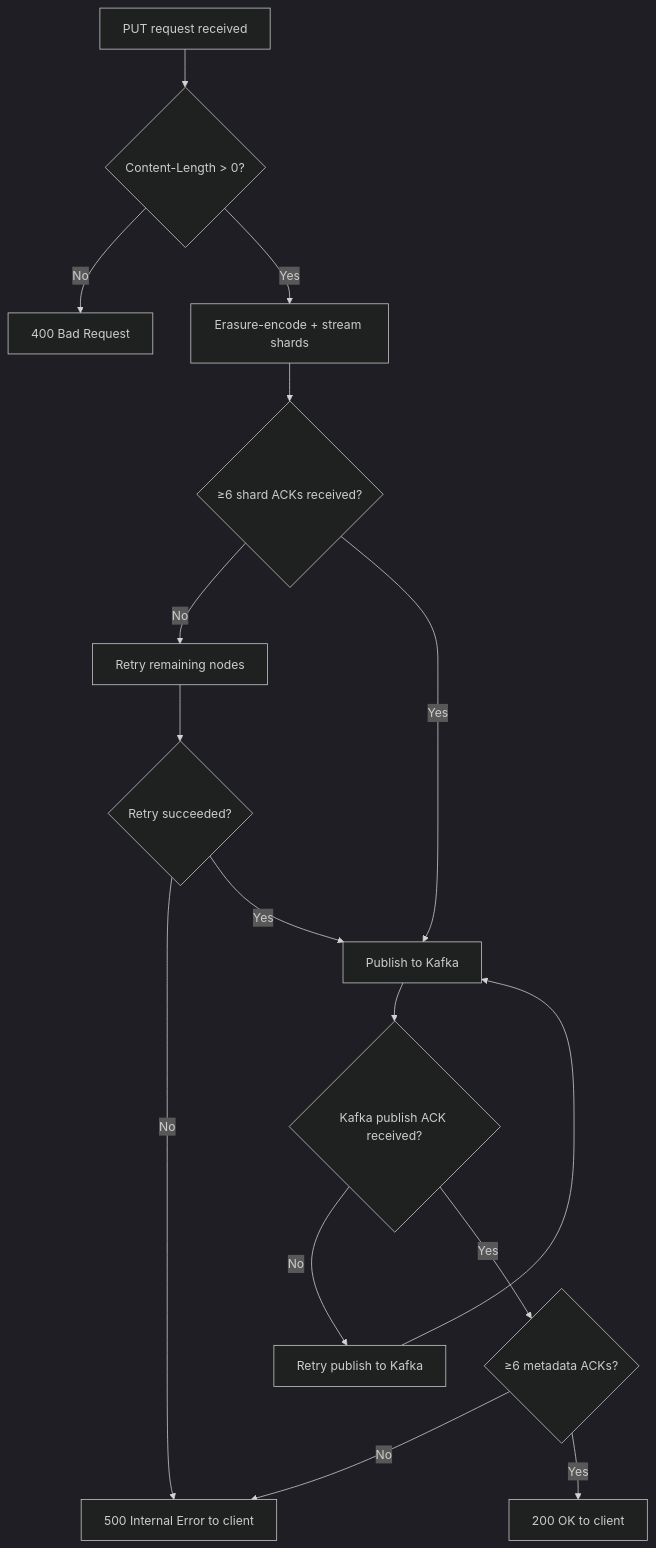
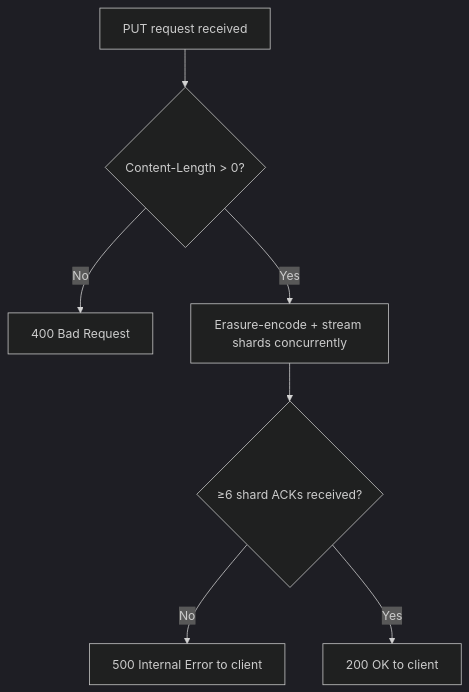
Before and after one commit to S26-Distributed-Capstone/Koop: the third of 16 diagrams in docs/workflow.md, drawn with Mermaid (dark theme). The commit also changed other lines of this file, not shown here.

Commit message:
Update workflow documentation to reflect Kafka/pub/sub integration and clarify multipart upload processes (AI)

````diff
--- a/docs/workflow.md
+++ b/docs/workflow.md
@@ -109,18 +93,9 @@
 ```mermaid
 flowchart TD
     A[PUT request received] --> B{Content-Length > 0?}
     B -- No --> Z1[400 Bad Request]
-    B -- Yes --> C[Erasure-encode + stream shards]
+    B -- Yes --> C[Erasure-encode + stream shards concurrently]
     C --> D{≥6 shard ACKs received?}
-    D -- No --> E[Retry remaining nodes]
-    E --> F{Retry succeeded?}
-    F -- No --> Z2[500 Internal Error to client]
-    F -- Yes --> G[Publish to Kafka]
-    D -- Yes --> G
-    G --> H{Kafka publish ACK received?}
-    H -- No --> I[Retry publish to Kafka]
-    I --> G
-    H -- Yes --> J{≥6 metadata ACKs?}
-    J -- No --> Z2
-    J -- Yes --> K[200 OK to client]
+    D -- No --> Z2[500 Internal Error to client]
+    D -- Yes --> K[200 OK to client]
 ```
````
